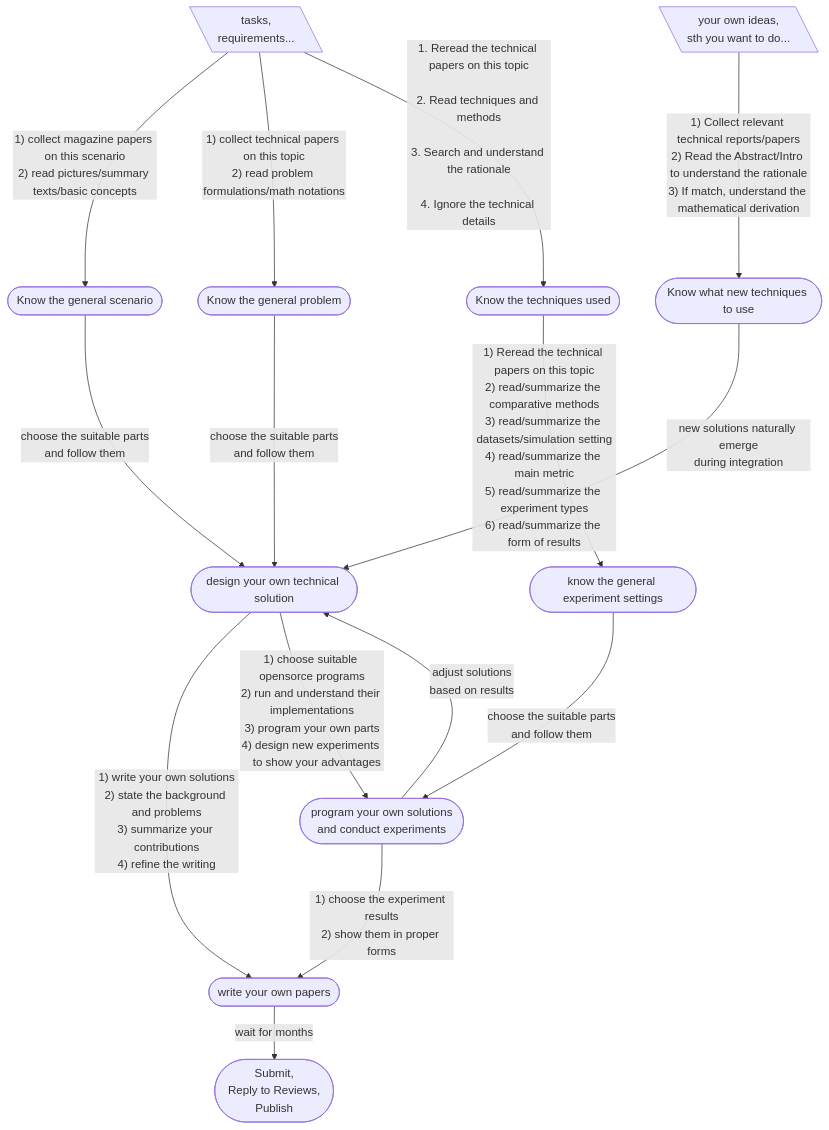
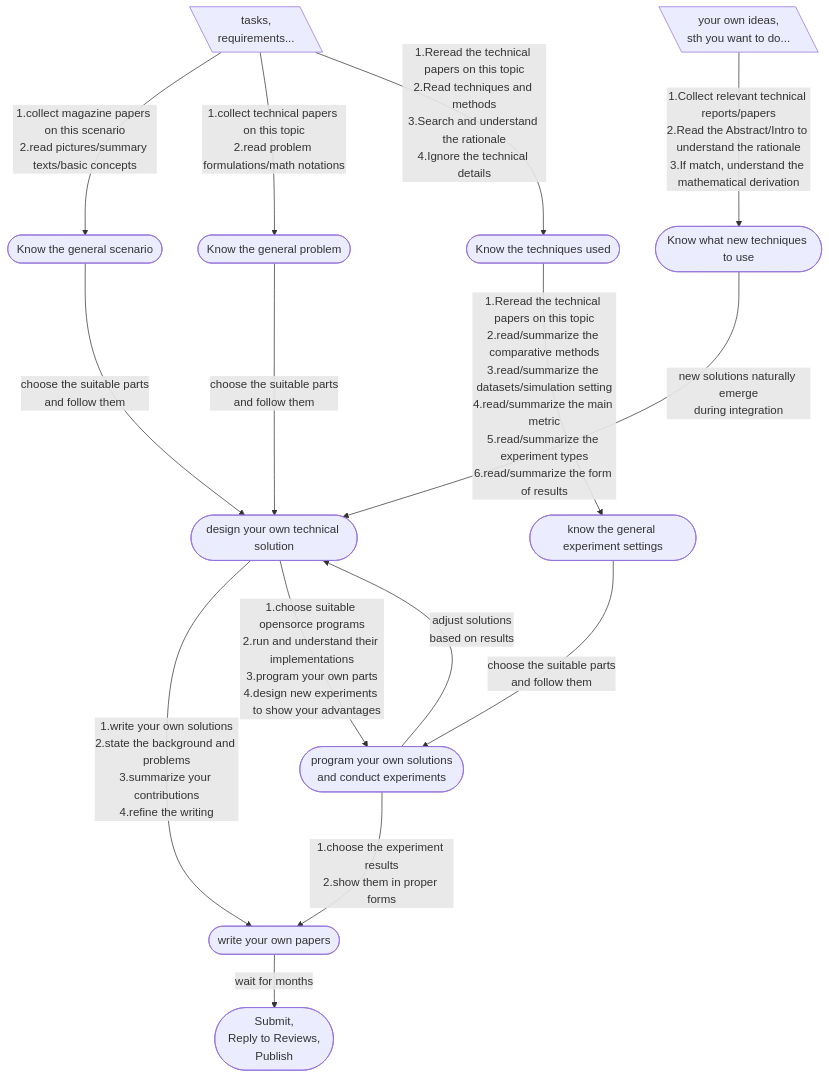
Before and after one commit to suemon-suemon/Research-Workflow: the diagram in ReadMe.md, drawn with Mermaid.

Commit message:
change list

```diff
--- a/ReadMe.md
+++ b/ReadMe.md
@@ -5,8 +5,8 @@
 
 Ir[\"tasks,
     requirements..."\]--
-1) collect magazine papers on this scenario
-2) read pictures/summary texts/basic concepts
+1.collect magazine papers on this scenario
+2.read pictures/summary texts/basic concepts
 --> As([Know the general scenario])  
 -- choose the suitable parts 
     and follow them
@@ -15,8 +15,8 @@
 
 
 Ir --
-1) collect technical papers on this topic
-2) read problem formulations/math notations
+1.collect technical papers on this topic
+2.read problem formulations/math notations
 --> Apb([Know the general problem]) 
 -- choose the suitable parts 
     and follow them
@@ -25,50 +25,48 @@
 
 Io[\"your own ideas,
 sth you want to do..."\]--
-1) Collect relevant technical reports/papers
-2) Read the Abstract/Intro to understand the rationale
-3) If match, understand the mathematical derivation
+1.Collect relevant technical reports/papers
+2.Read the Abstract/Intro to understand the rationale
+3.If match, understand the mathematical derivation
 --> Aot([Know what new techniques to use]) 
 
 
 Ir --
-"1. Reread the technical papers on this topic<br>
-2. Read techniques and methods<br>
-3. Search and understand the rationale<br>
-4. Ignore the technical details<br>"
+1.Reread the technical papers on this topic
+2.Read techniques and methods
+3.Search and understand the rationale
+4.Ignore the technical details
 --> At([Know the techniques used])    
 
 
 Aos -- 
-1) write your own solutions
-2) state the background and problems
-3) summarize your contributions
-4) refine the writing 
+1.write your own solutions
+2.state the background and problems
+3.summarize your contributions
+4.refine the writing 
 --> Aopp
 
 Aot -- 
 new solutions naturally emerge
 during integration
 --> Aos([design your own technical solution]) -- 
-1) choose suitable opensorce programs
-2) run and understand their implementations
-3) program your own parts
-4) design new experiments 
+1.choose suitable opensorce programs
+2.run and understand their implementations
+3.program your own parts
+4.design new experiments 
    to show your advantages
 --> Aopg
-
-
 
 Aopg -->|adjust solutions
          based on results| Aos
 
 At --
-1) Reread the technical papers on this topic
-2) read/summarize the comparative methods
-3) read/summarize the datasets/simulation setting
-4) read/summarize the main metric
-5) read/summarize the experiment types
-6) read/summarize the form of results
+1.Reread the technical papers on this topic
+2.read/summarize the comparative methods
+3.read/summarize the datasets/simulation setting
+4.read/summarize the main metric
+5.read/summarize the experiment types
+6.read/summarize the form of results
 --> Ae([know the general experiment settings])
 -- choose the suitable parts 
     and follow them
@@ -76,8 +74,8 @@
         and conduct experiments])
     
 Aopg --
-1) choose the experiment results
-2) show them in proper forms
+1.choose the experiment results
+2.show them in proper forms
 --> Aopp([write your own papers])
 
 
```
